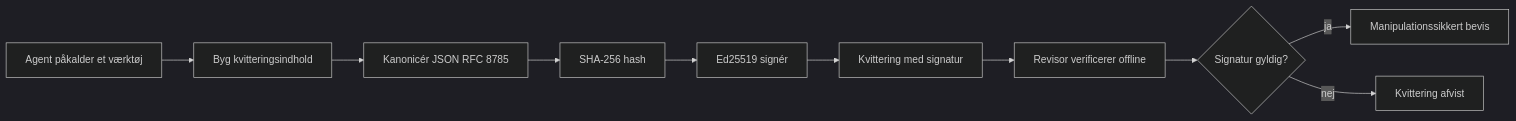
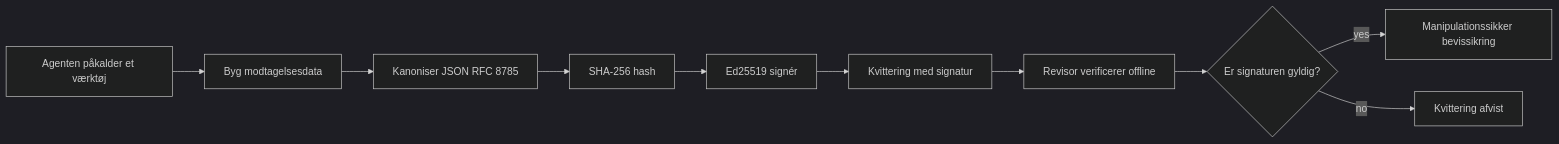
The first of 2 diagrams in translations/da/18-securing-ai-agents/README.md (microsoft/ai-agents-for-beginners), drawn with Mermaid (dark theme) before and after one commit. The commit also changed other lines of this file and 224 other files, not shown here.

````diff
--- a/translations/da/18-securing-ai-agents/README.md
+++ b/translations/da/18-securing-ai-agents/README.md
@@ -51,12 +51,12 @@
 ```mermaid
 flowchart LR
-    A[Agent påkalder et værktøj] --> B[Byg kvitteringsindhold]
-    B --> C[Kanonicér JSON RFC 8785]
+    A[Agenten påkalder et værktøj] --> B[Byg modtagelsesdata]
+    B --> C[Kanoniser JSON RFC 8785]
     C --> D[SHA-256 hash]
     D --> E[Ed25519 signér]
     E --> F[Kvittering med signatur]
     F --> G[Revisor verificerer offline]
-    G --> H{Signatur gyldig?}
-    H -- ja --> I[Manipulationssikkert bevis]
-    H -- nej --> J[Kvittering afvist]
+    G --> H{Er signaturen gyldig?}
+    H -- yes --> I[Manipulationssikker bevissikring]
+    H -- no --> J[Kvittering afvist]
 ```
````
